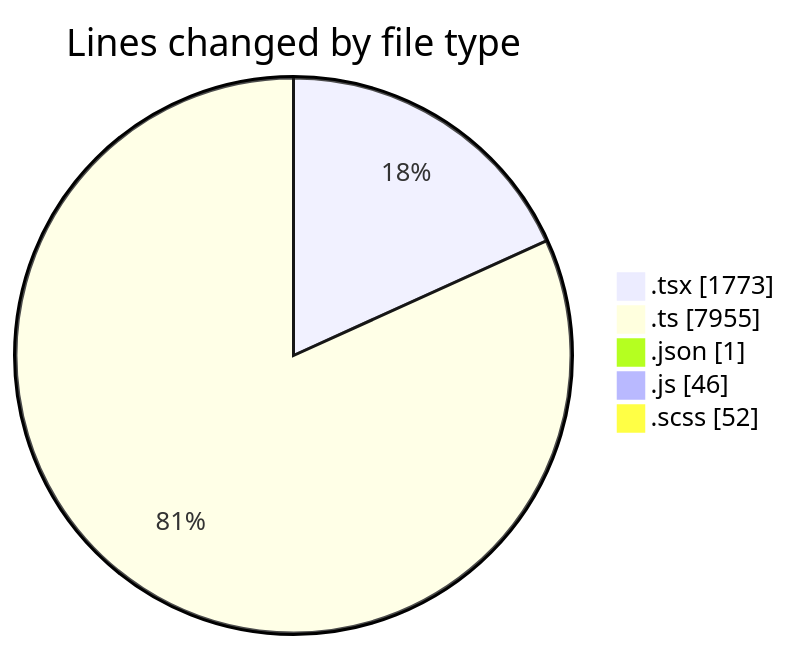
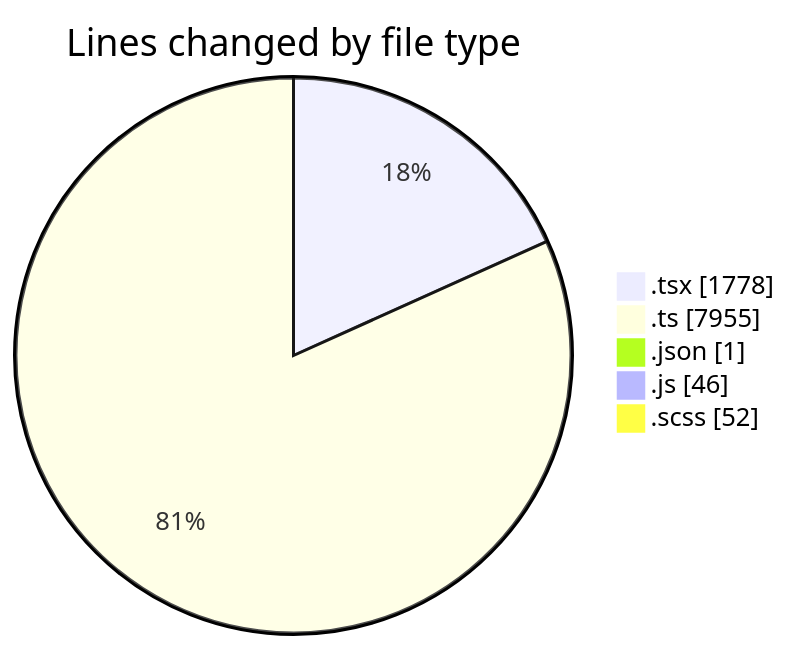
The first of 2 diagrams in 2026-09-17/cda/README.md (momahboobian/code-tracking), drawn with Mermaid before and after one commit. The commit also changed other lines of this file and 1 other file, not shown here.

````diff
--- a/2026-09-17/cda/README.md
+++ b/2026-09-17/cda/README.md
@@ -43,9 +43,9 @@
 ```mermaid
 pie showData
 title Lines changed by file type
-".tsx" : 1773
+".tsx" : 1778
 ".ts" : 7955
 ".json" : 1
 ".js" : 46
 ".scss" : 52
 ```
````
